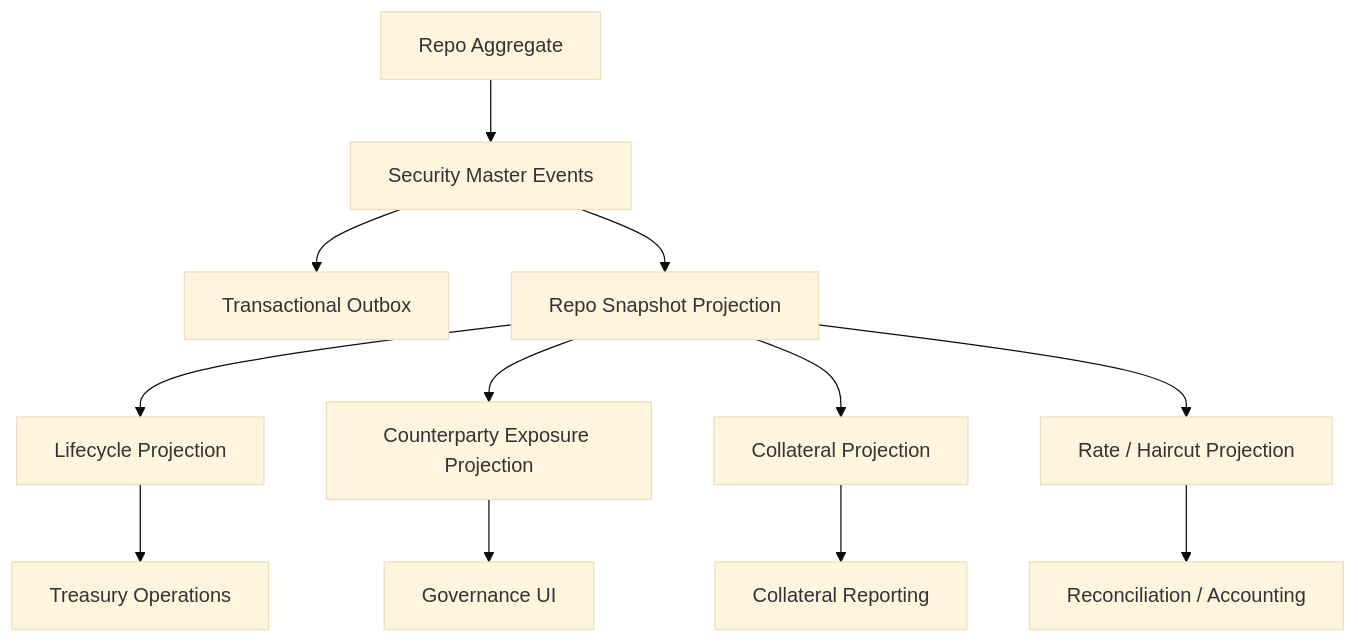
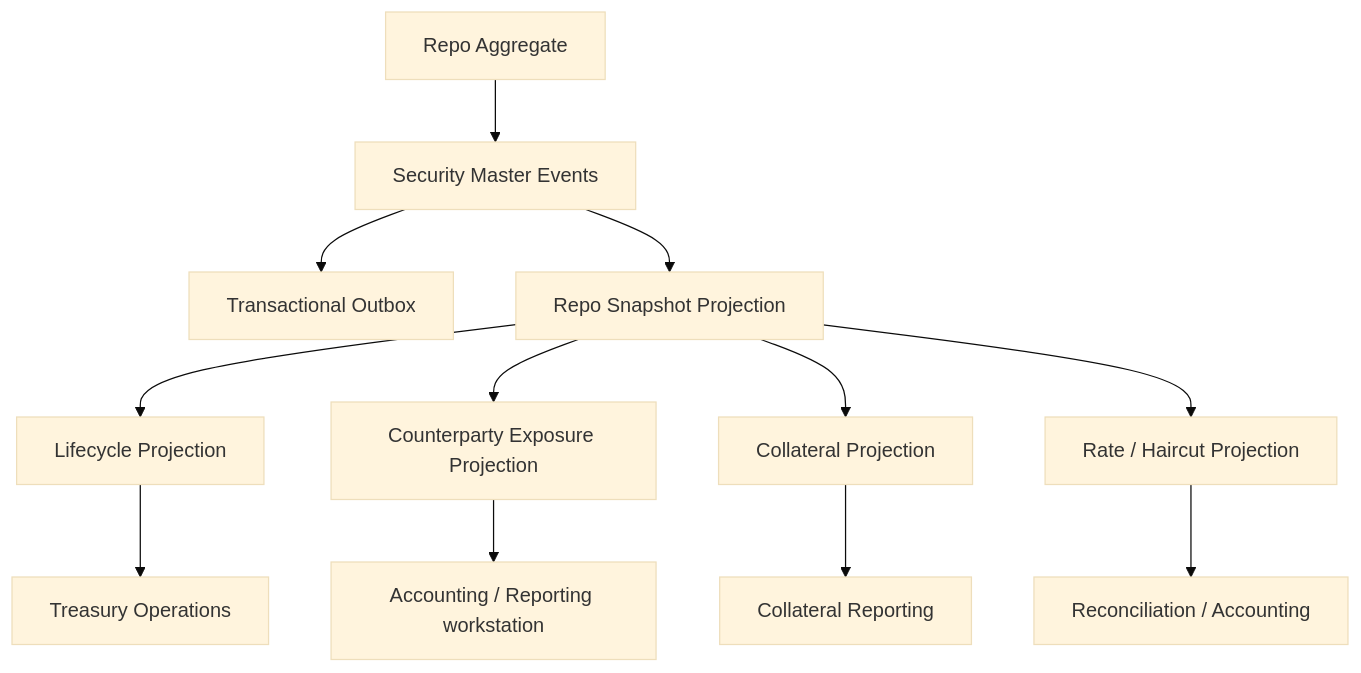
One commit to rodoHasArrived/Meridian-main changed the diagram in docs/plans/ufl-repo-target-state-v2.md. Above: the diagram before and after it, drawn with Mermaid (base theme). The commit also changed 51 other files, not shown here.

````diff
--- a/docs/plans/ufl-repo-target-state-v2.md
+++ b/docs/plans/ufl-repo-target-state-v2.md
@@ -59,16 +59,16 @@
 ```mermaid
 flowchart TD
     Repo["Repo Aggregate"] --> RepoEvents["Security Master Events"]
     RepoEvents --> Outbox["Transactional Outbox"]
     RepoEvents --> Snapshot["Repo Snapshot Projection"]
 
     Snapshot --> Lifecycle["Lifecycle Projection"]
     Snapshot --> Counterparty["Counterparty Exposure Projection"]
     Snapshot --> Collateral["Collateral Projection"]
     Snapshot --> Accrual["Rate / Haircut Projection"]
 
     Lifecycle --> Treasury["Treasury Operations"]
-    Counterparty --> Governance["Governance UI"]
+    Counterparty --> Governance["Accounting / Reporting workstation"]
     Collateral --> Reporting["Collateral Reporting"]
     Accrual --> Recon["Reconciliation / Accounting"]
 ```
````
